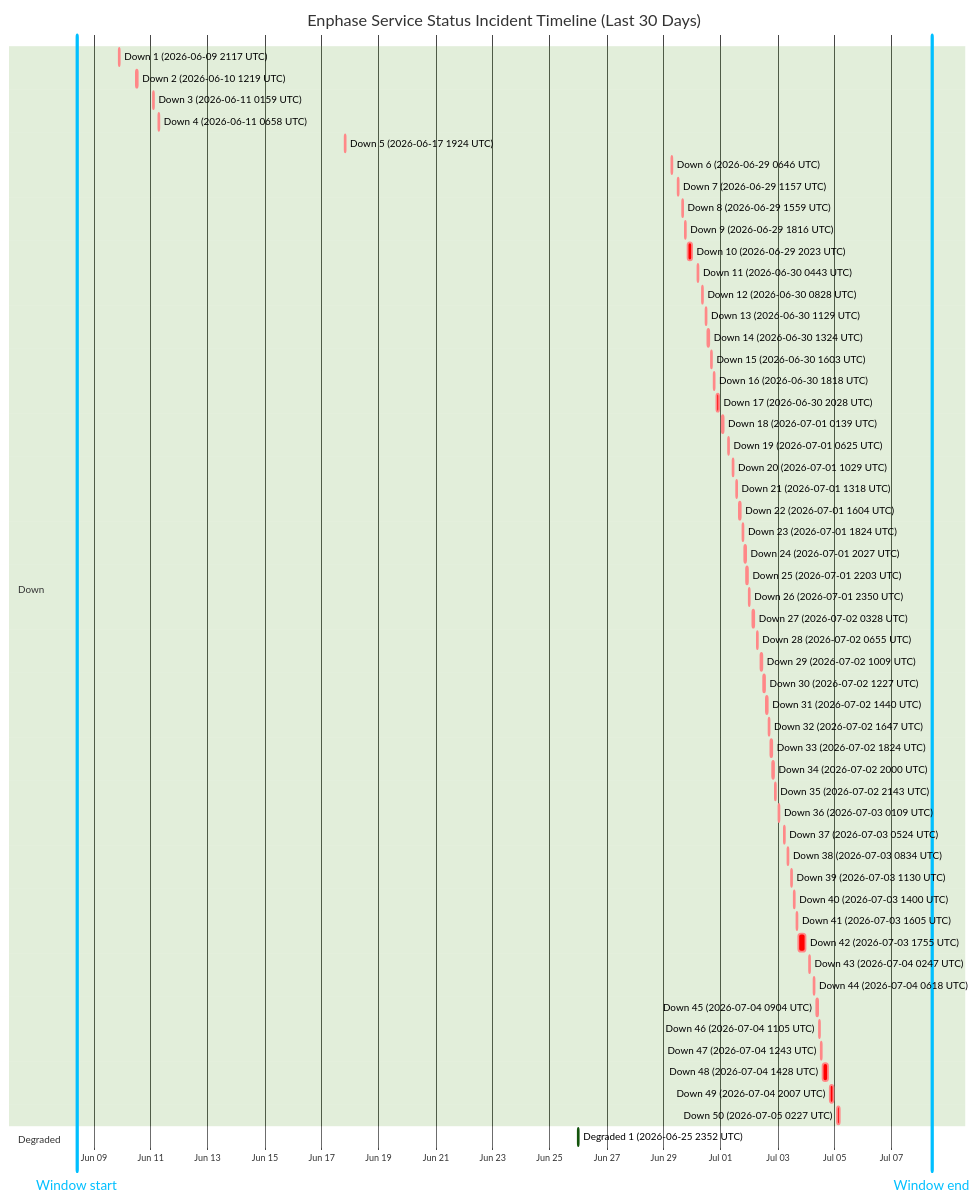
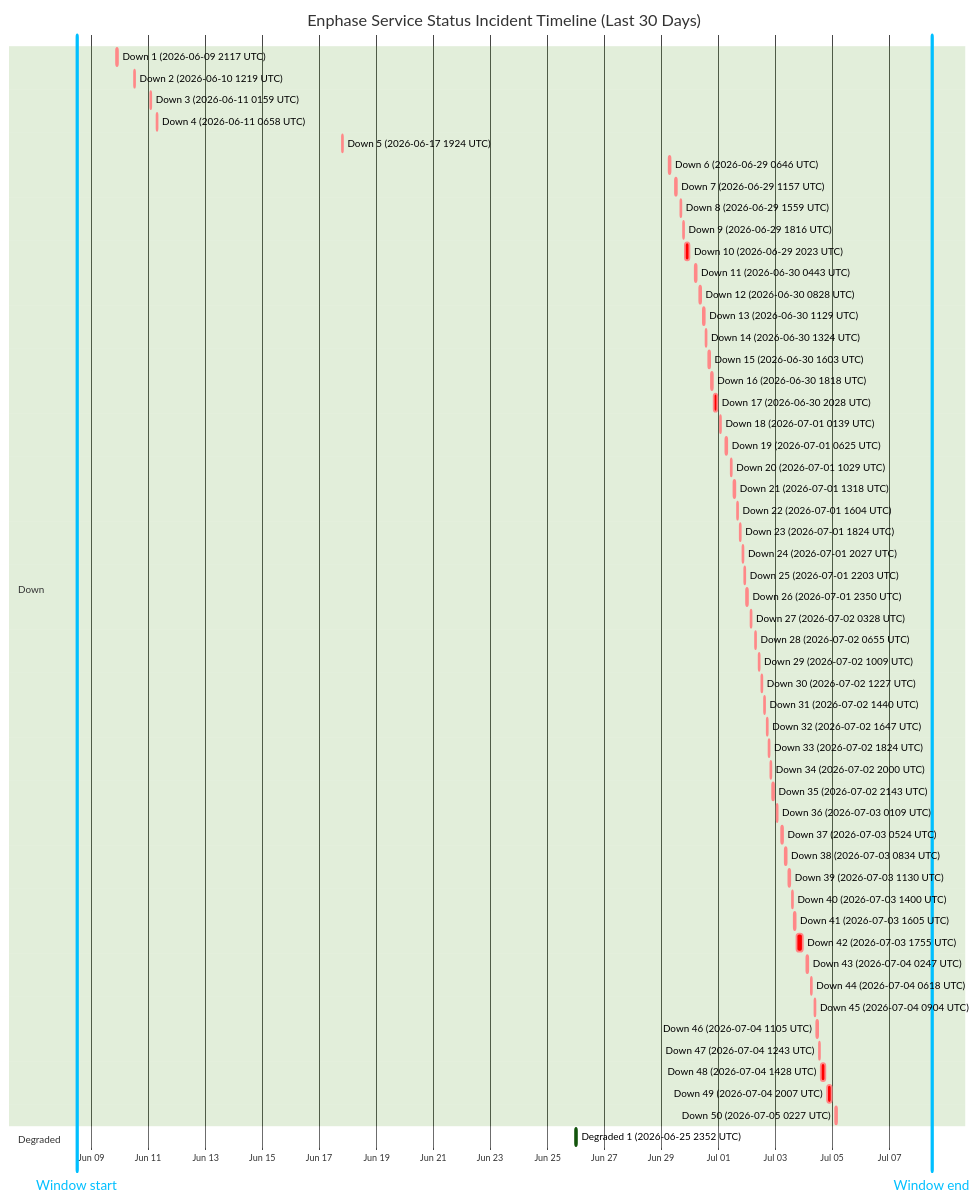
Before and after one commit to barneyonline/ha-enphase-energy: the diagram in wiki/Service-Status-History.md, drawn with Mermaid (forest theme). The commit also changed other lines of this file and 3 other files, not shown here.

````diff
--- a/wiki/Service-Status-History.md
+++ b/wiki/Service-Status-History.md
@@ -14,61 +14,61 @@
 ```mermaid
 gantt
     title Enphase Service Status Incident Timeline (Last 30 Days)
     dateFormat  YYYY-MM-DDTHH:mm:ss
     axisFormat  %b %d
-    Window start :vert, window-start, 2026-06-08T09:55:59, 0ms
-    Window end :vert, window-end, 2026-07-08T09:55:59, 0ms
+    Window start :vert, window-start, 2026-06-08T11:46:33, 0ms
+    Window end :vert, window-end, 2026-07-08T11:46:33, 0ms
     section Down
     Down 1 (2026-06-09 2117 UTC) :crit, down-1, 2026-06-09T21:17:17, 60m
     Down 2 (2026-06-10 1219 UTC) :crit, down-2, 2026-06-10T12:19:21, 60m
     Down 3 (2026-06-11 0159 UTC) :crit, down-3, 2026-06-11T01:59:36, 60m
     Down 4 (2026-06-11 0658 UTC) :crit, down-4, 2026-06-11T06:58:45, 60m
     Down 5 (2026-06-17 1924 UTC) :crit, down-5, 2026-06-17T19:24:51, 60m
     Down 6 (2026-06-29 0646 UTC) :crit, down-6, 2026-06-29T06:46:18, 60m
     Down 7 (2026-06-29 1157 UTC) :crit, down-7, 2026-06-29T11:57:36, 60m
     Down 8 (2026-06-29 1559 UTC) :crit, down-8, 2026-06-29T15:59:02, 60m
     Down 9 (2026-06-29 1816 UTC) :crit, down-9, 2026-06-29T18:16:38, 60m
     Down 10 (2026-06-29 2023 UTC) :crit, down-10, 2026-06-29T20:23:16, 220m
     Down 11 (2026-06-30 0443 UTC) :crit, down-11, 2026-06-30T04:43:54, 60m
     Down 12 (2026-06-30 0828 UTC) :crit, down-12, 2026-06-30T08:28:43, 60m
     Down 13 (2026-06-30 1129 UTC) :crit, down-13, 2026-06-30T11:29:15, 60m
     Down 14 (2026-06-30 1324 UTC) :crit, down-14, 2026-06-30T13:24:25, 60m
     Down 15 (2026-06-30 1603 UTC) :crit, down-15, 2026-06-30T16:03:26, 60m
     Down 16 (2026-06-30 1818 UTC) :crit, down-16, 2026-06-30T18:18:39, 60m
     Down 17 (2026-06-30 2028 UTC) :crit, down-17, 2026-06-30T20:28:54, 171m
     Down 18 (2026-07-01 0139 UTC) :crit, down-18, 2026-07-01T01:39:18, 60m
     Down 19 (2026-07-01 0625 UTC) :crit, down-19, 2026-07-01T06:25:35, 60m
     Down 20 (2026-07-01 1029 UTC) :crit, down-20, 2026-07-01T10:29:24, 60m
     Down 21 (2026-07-01 1318 UTC) :crit, down-21, 2026-07-01T13:18:31, 60m
     Down 22 (2026-07-01 1604 UTC) :crit, down-22, 2026-07-01T16:04:29, 60m
     Down 23 (2026-07-01 1824 UTC) :crit, down-23, 2026-07-01T18:24:21, 60m
     Down 24 (2026-07-01 2027 UTC) :crit, down-24, 2026-07-01T20:27:17, 60m
     Down 25 (2026-07-01 2203 UTC) :crit, down-25, 2026-07-01T22:03:46, 60m
     Down 26 (2026-07-01 2350 UTC) :crit, down-26, 2026-07-01T23:50:52, 60m
     Down 27 (2026-07-02 0328 UTC) :crit, down-27, 2026-07-02T03:28:33, 60m
     Down 28 (2026-07-02 0655 UTC) :crit, down-28, 2026-07-02T06:55:07, 60m
     Down 29 (2026-07-02 1009 UTC) :crit, down-29, 2026-07-02T10:09:15, 60m
     Down 30 (2026-07-02 1227 UTC) :crit, down-30, 2026-07-02T12:27:49, 60m
     Down 31 (2026-07-02 1440 UTC) :crit, down-31, 2026-07-02T14:40:53, 60m
     Down 32 (2026-07-02 1647 UTC) :crit, down-32, 2026-07-02T16:47:47, 60m
     Down 33 (2026-07-02 1824 UTC) :crit, down-33, 2026-07-02T18:24:26, 60m
     Down 34 (2026-07-02 2000 UTC) :crit, down-34, 2026-07-02T20:00:57, 60m
     Down 35 (2026-07-02 2143 UTC) :crit, down-35, 2026-07-02T21:43:52, 80m
     Down 36 (2026-07-03 0109 UTC) :crit, down-36, 2026-07-03T01:09:19, 60m
     Down 37 (2026-07-03 0524 UTC) :crit, down-37, 2026-07-03T05:24:23, 60m
     Down 38 (2026-07-03 0834 UTC) :crit, down-38, 2026-07-03T08:34:05, 60m
     Down 39 (2026-07-03 1130 UTC) :crit, down-39, 2026-07-03T11:30:41, 60m
     Down 40 (2026-07-03 1400 UTC) :crit, down-40, 2026-07-03T14:00:48, 60m
     Down 41 (2026-07-03 1605 UTC) :crit, down-41, 2026-07-03T16:05:49, 60m
     Down 42 (2026-07-03 1755 UTC) :crit, down-42, 2026-07-03T17:55:54, 338m
     Down 43 (2026-07-04 0247 UTC) :crit, down-43, 2026-07-04T02:47:22, 60m
     Down 44 (2026-07-04 0618 UTC) :crit, down-44, 2026-07-04T06:18:09, 60m
     Down 45 (2026-07-04 0904 UTC) :crit, down-45, 2026-07-04T09:04:41, 60m
     Down 46 (2026-07-04 1105 UTC) :crit, down-46, 2026-07-04T11:05:21, 60m
     Down 47 (2026-07-04 1243 UTC) :crit, down-47, 2026-07-04T12:43:25, 60m
     Down 48 (2026-07-04 1428 UTC) :crit, down-48, 2026-07-04T14:28:07, 243m
     Down 49 (2026-07-04 2007 UTC) :crit, down-49, 2026-07-04T20:07:50, 206m
     Down 50 (2026-07-05 0227 UTC) :crit, down-50, 2026-07-05T02:27:32, 109m
     section Degraded
     Degraded 1 (2026-06-25 2352 UTC) :active, degraded-1, 2026-06-25T23:52:01, 60m
 ```
````
